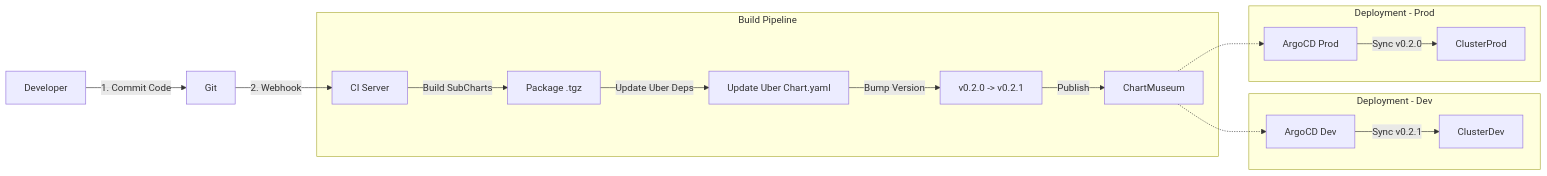
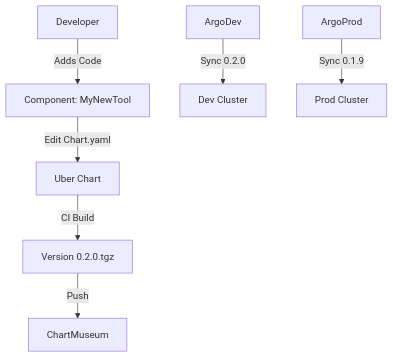
One commit to SrikantaDatta51/k8s-iac changed the third of 5 diagrams in README.md. Above: the diagram before and after it, drawn with Mermaid. The commit also changed other lines of this file, not shown here.

Commit message:
Docs: Massive Human-Readable README with Fixed Diagrams and Real Commands

````diff
--- a/README.md
+++ b/README.md
@@ -182,23 +218,10 @@
 ```mermaid
-graph LR
-    Dev[Developer] -->|1. Commit Code| Git
-    Git -->|2. Webhook| CI[CI Server]
+graph TD
+    Dev[Developer] -->|Adds Code| Comp[Component: MyNewTool]
+    Comp -->|Edit Chart.yaml| Uber[Uber Chart]
+    Uber -->|CI Build| Artifact[Version 0.2.0.tgz]
+    Artifact -->|Push| Museum[ChartMuseum]
     
-    subgraph "Build Pipeline"
-        CI -->|Build SubCharts| Pkg[Package .tgz]
-        Pkg -->|Update Uber Deps| Uber[Update Uber Chart.yaml]
-        Uber -->|Bump Version| Ver[v0.2.0 -> v0.2.1]
-        Ver -->|Publish| Museum[ChartMuseum]
-    end
-    
-    subgraph "Deployment - Dev"
-        ArgoDev[ArgoCD Dev] -->|Sync v0.2.1| ClusterDev
-    end
-    
-    subgraph "Deployment - Prod"
-        ArgoProd[ArgoCD Prod] -->|Sync v0.2.0| ClusterProd
-    end
-    
-    Museum -.-> ArgoDev
-    Museum -.-> ArgoProd
+    ArgoDev -->|Sync 0.2.0| ClusterDev[Dev Cluster]
+    ArgoProd -->|Sync 0.1.9| ClusterProd[Prod Cluster]
 ```
````
